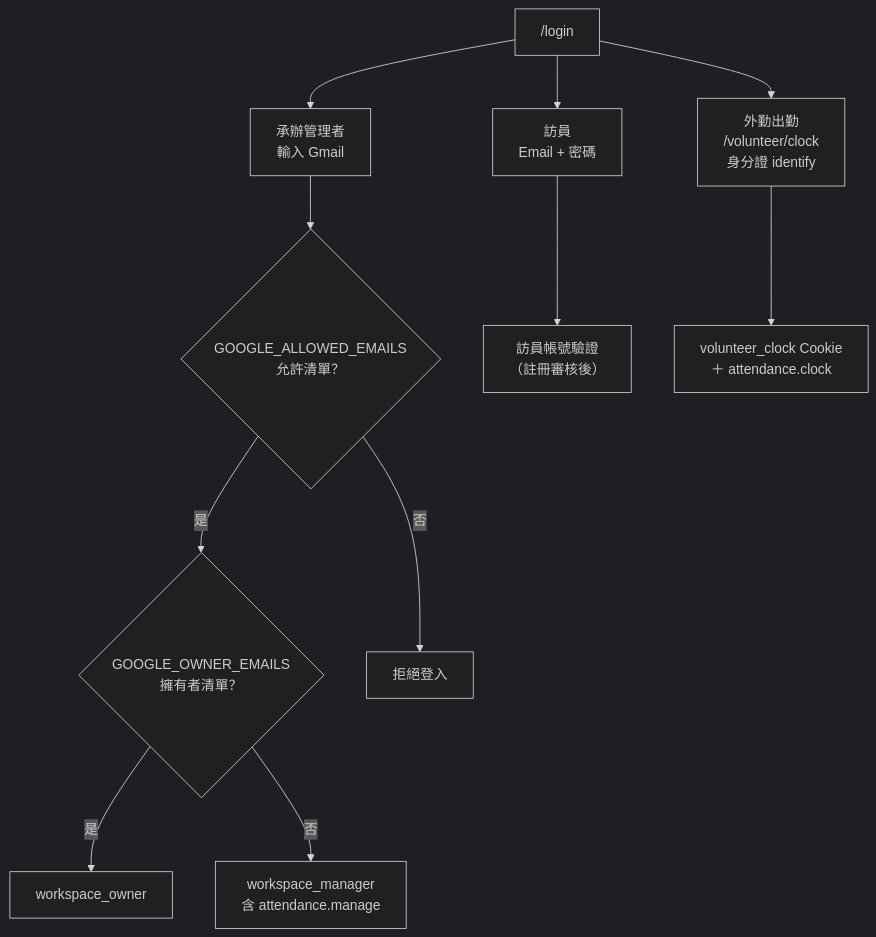
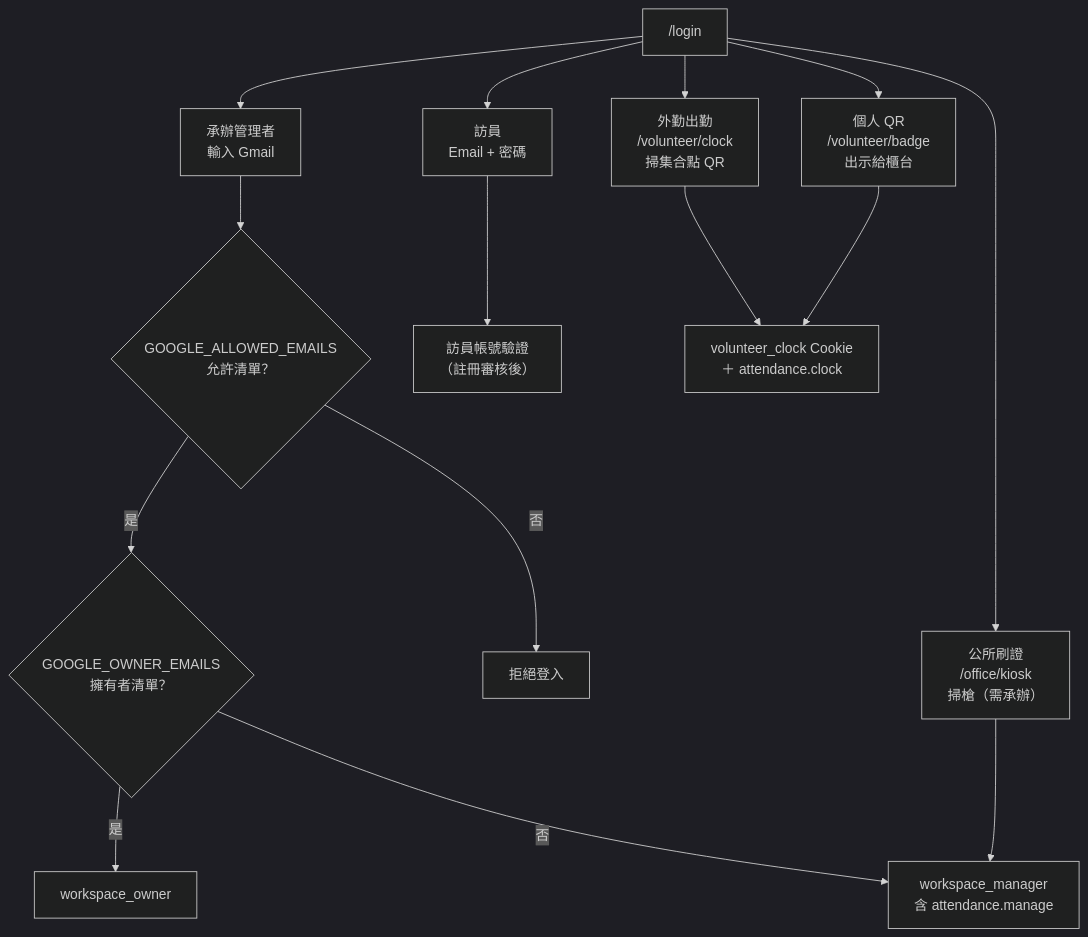
One commit to yongheelderly0826-design/Elder-Visit-Platform changed the tenth of 13 diagrams in docs/system-architecture.md. Above: the diagram before and after it, drawn with Mermaid (dark theme). The commit also changed other lines of this file and 4 other files, not shown here.

First line of the commit message:
Document dual attendance flows in architecture diagrams.

````diff
--- a/docs/system-architecture.md
+++ b/docs/system-architecture.md
@@ -269,17 +296,21 @@
 ```mermaid
 flowchart TB
   LOGIN["/login"]
 
   LOGIN --> MGR["承辦管理者<br/>輸入 Gmail"]
   LOGIN --> VIS["訪員<br/>Email + 密碼"]
-  LOGIN --> VOL["外勤出勤<br/>/volunteer/clock<br/>身分證 identify"]
+  LOGIN --> VOL["外勤出勤<br/>/volunteer/clock<br/>掃集合點 QR"]
+  LOGIN --> BADGE["個人 QR<br/>/volunteer/badge<br/>出示給櫃台"]
+  LOGIN --> KIOSK["公所刷證<br/>/office/kiosk<br/>掃槍（需承辦）"]
 
   MGR --> ALLOW{"GOOGLE_ALLOWED_EMAILS<br/>允許清單？"}
   ALLOW -->|是| ROLE{"GOOGLE_OWNER_EMAILS<br/>擁有者清單？"}
   ROLE -->|是| OWNER["workspace_owner"]
   ROLE -->|否| MANAGER["workspace_manager<br/>含 attendance.manage"]
   ALLOW -->|否| DENY["拒絕登入"]
 
   VIS --> SUPA["訪員帳號驗證<br/>（註冊審核後）"]
   VOL --> COOKIE["volunteer_clock Cookie<br/>＋ attendance.clock"]
+  BADGE --> COOKIE
+  KIOSK --> MANAGER
 ```
````
